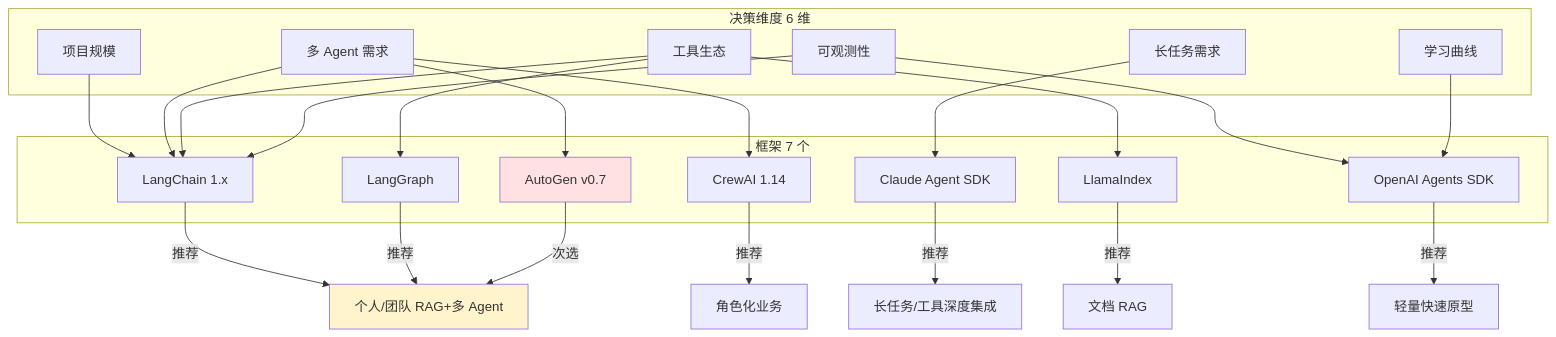
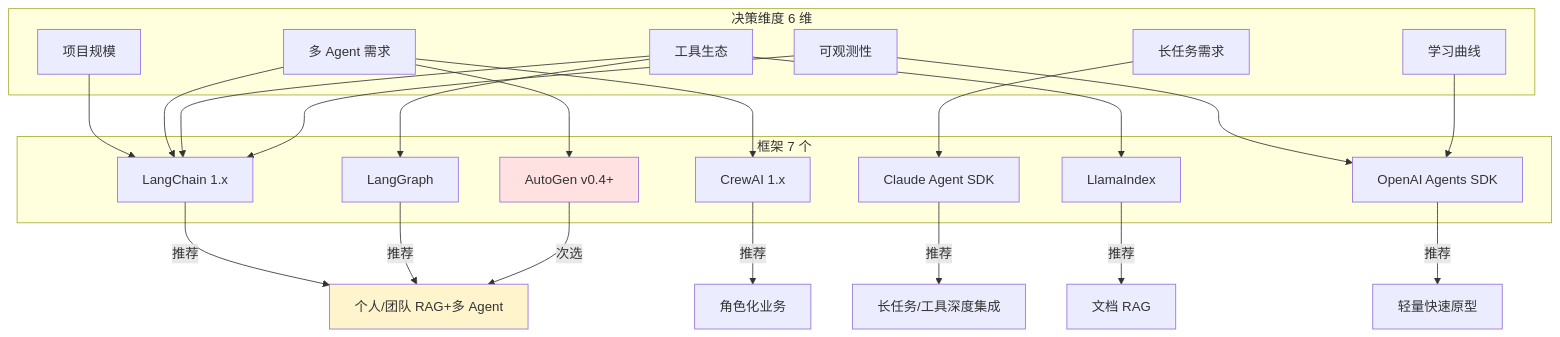
Before and after one commit to 1010943412-creator/agent-handbook: the diagram in handbook/l4-framework/4.10-framework-decision-matrix.md, drawn with Mermaid. The commit also changed other lines of this file, not shown here.

First line of the commit message:
fix(l4): 4.10 决策矩阵版本号统一 + AutoGen 维护状态评分校正

````diff
--- a/handbook/l4-framework/4.10-framework-decision-matrix.md
+++ b/handbook/l4-framework/4.10-framework-decision-matrix.md
@@ -27,40 +27,40 @@
 ```mermaid
 graph TB
     subgraph 决策维度 6 维
         D1[项目规模]
         D2[多 Agent 需求]
         D3[长任务需求]
         D4[工具生态]
         D5[可观测性]
         D6[学习曲线]
     end
     subgraph 框架 7 个
         F1[LangChain 1.x]
         F2[LangGraph]
         F3[LlamaIndex]
-        F4[AutoGen v0.7]
-        F5[CrewAI 1.14]
+        F4[AutoGen v0.4+]
+        F5[CrewAI 1.x]
         F6[OpenAI Agents SDK]
         F7[Claude Agent SDK]
     end
     D1 --> F1
     D2 --> F1
     D2 --> F4
     D2 --> F5
     D3 --> F7
     D4 --> F1
     D4 --> F2
     D4 --> F3
     D5 --> F1
     D5 --> F6
     D6 --> F6
     F1 -->|推荐| P[个人/团队 RAG+多 Agent]
     F2 -->|推荐| P
     F3 -->|推荐| P2[文档 RAG]
     F4 -->|次选| P
     F5 -->|推荐| P3[角色化业务]
     F6 -->|推荐| P4[轻量快速原型]
     F7 -->|推荐| P5[长任务/工具深度集成]
     style F4 fill:#ffe1e1
     style P fill:#fff4cc
 ```
````
